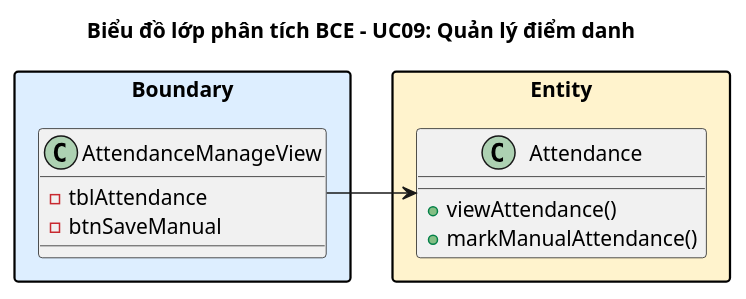
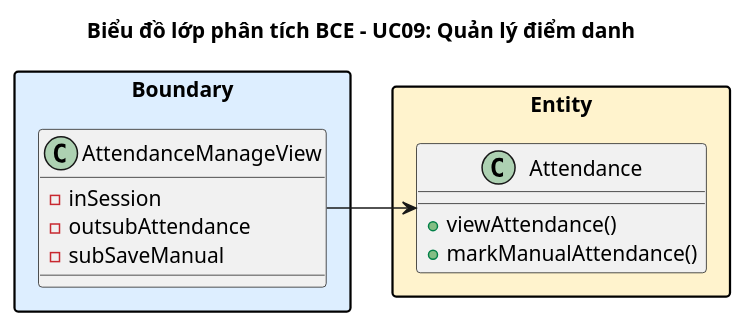
The seventh of 20 diagrams in report/md/module3_attendance_grades.md (thanhtrnnn/universe), drawn with PlantUML before and after one commit. The commit also changed other lines of this file and 1 other file, not shown here.

First line of the commit message:
docs(module3): apply in/out/sub attribute convention to BCE analysis diagrams

````diff
--- a/report/md/module3_attendance_grades.md
+++ b/report/md/module3_attendance_grades.md
@@ -353,24 +361,25 @@
 ```plantuml
 @startuml
 left to right direction
 skinparam linetype ortho
 skinparam packageStyle rectangle
 title Biểu đồ lớp phân tích BCE – UC09: Quản lý điểm danh
 
 package "Boundary" #DDEEFF {
   class AttendanceManageView {
-    -tblAttendance
-    -btnSaveManual
+    -inSession
+    -outsubAttendance
+    -subSaveManual
   }
 }
 
 package "Entity" #FFF3CD {
   class Attendance {
     +viewAttendance()
     +markManualAttendance()
   }
 }
 
 AttendanceManageView --> Attendance
 @enduml
 ```
````
